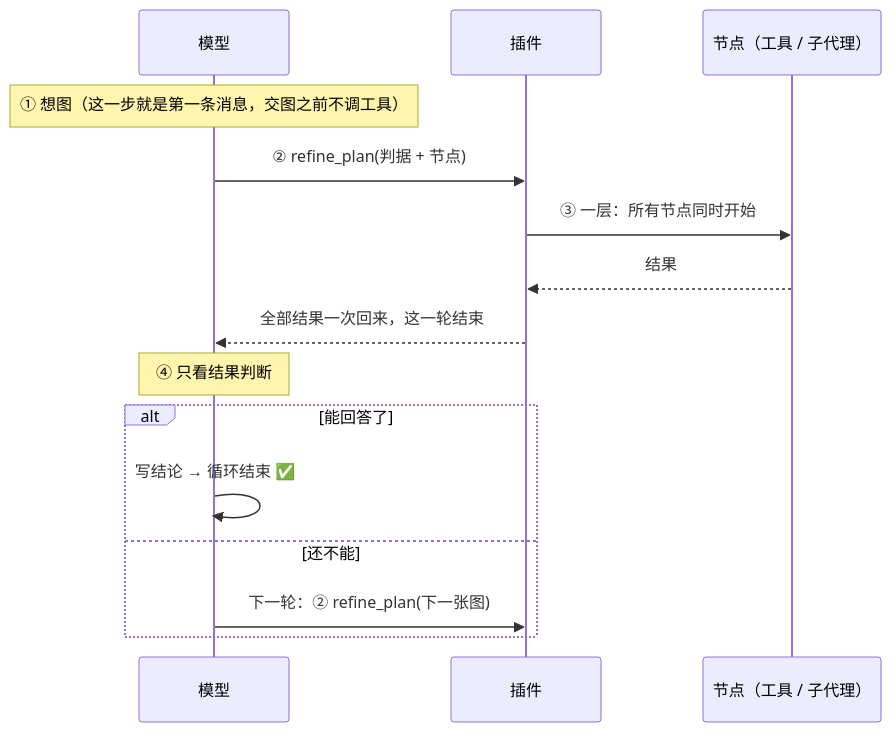
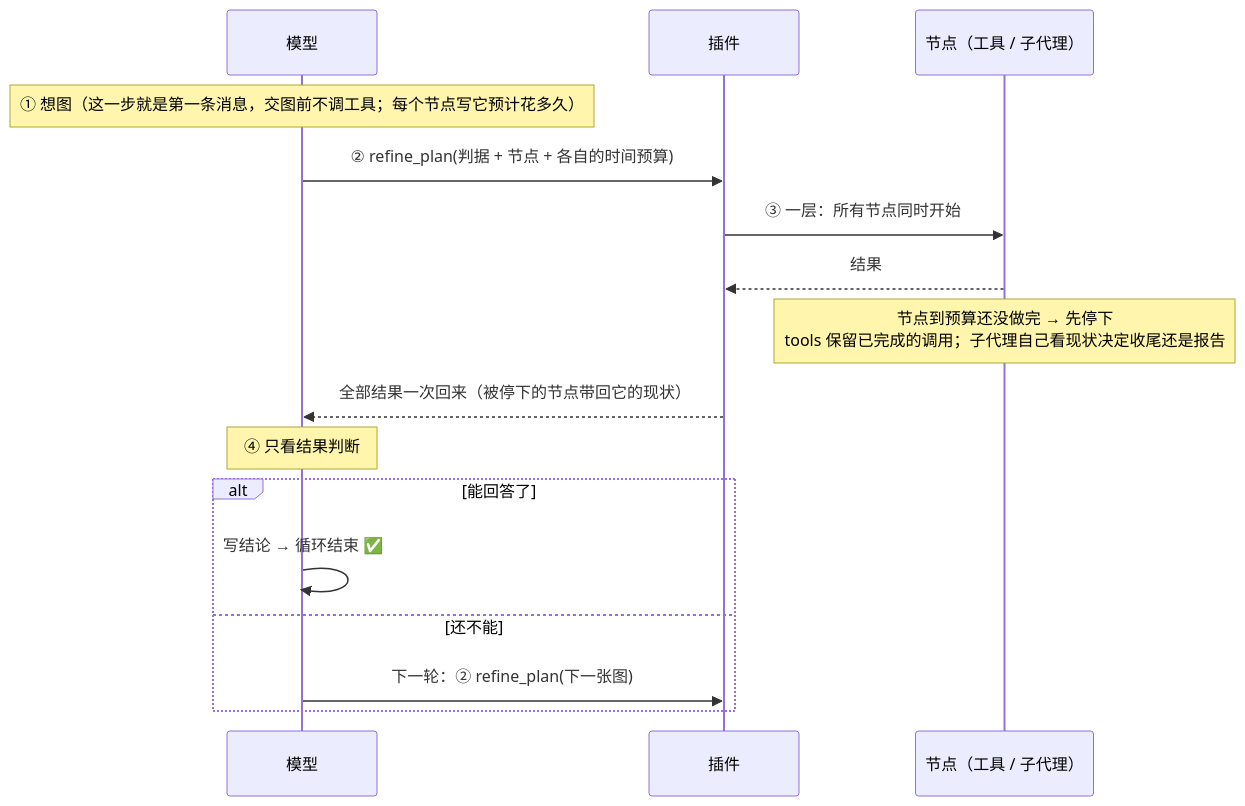
Before and after one commit to zyn19940107/dsh-conductor: the second of 3 diagrams in README.md, drawn with Mermaid. The commit also changed other lines of this file, not shown here.

Commit message:
README: 顶部"一句话"的两张图同步成 v2.3 的流程
- 一句话文案加上"每个节点大概要花多久"和"到预算先停下、再让它交代"
- 流程图：R1 想图带耗时估计，R2 写 nodes[budgetMs]，
  R3 说明到预算的节点被停下并交代现状
- 时序图：① 注明交图前不调工具、每节点写预计耗时；③ 加一条
  "节点到预算还没做完 → 先停下；tools 保留已完成的调用，
  子代理自己看现状决定收尾还是报告"；结果回来那句注明带回现状

````diff
--- a/README.md
+++ b/README.md
@@ -32,18 +33,19 @@
 ```mermaid
 sequenceDiagram
     participant M as 模型
     participant P as 插件
     participant C as 节点（工具 / 子代理）
 
-    Note over M: ① 想图（这一步就是第一条消息，交图之前不调工具）
-    M->>P: ② refine_plan(判据 + 节点)
+    Note over M: ① 想图（这一步就是第一条消息，交图前不调工具；每个节点写它预计花多久）
+    M->>P: ② refine_plan(判据 + 节点 + 各自的时间预算)
     P->>C: ③ 一层：所有节点同时开始
     C-->>P: 结果
-    P-->>M: 全部结果一次回来，这一轮结束
+    Note over C: 节点到预算还没做完 → 先停下<br/>tools 保留已完成的调用；子代理自己看现状决定收尾还是报告
+    P-->>M: 全部结果一次回来（被停下的节点带回它的现状）
     Note over M: ④ 只看结果判断
     alt 能回答了
         M->>M: 写结论 → 循环结束 ✅
     else 还不能
         M->>P: 下一轮：② refine_plan(下一张图)
     end
 ```
````
